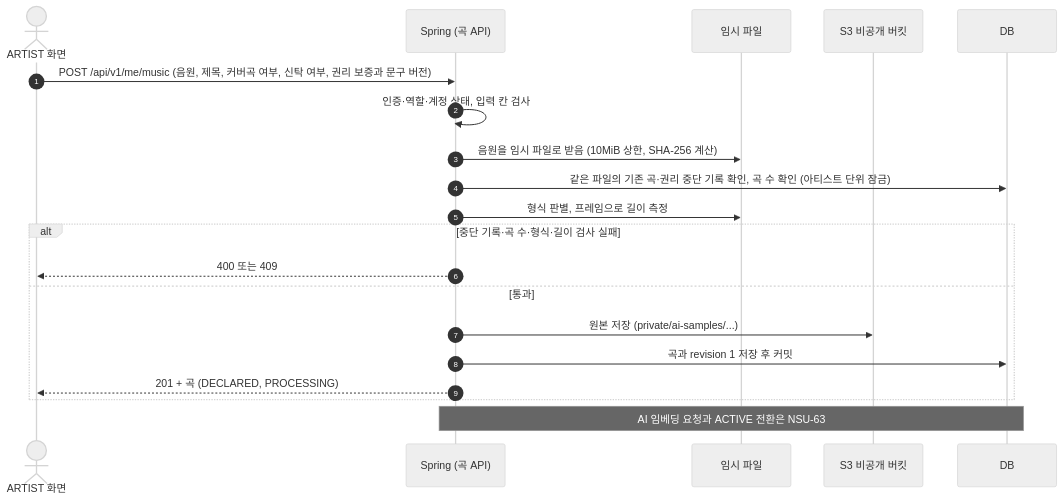
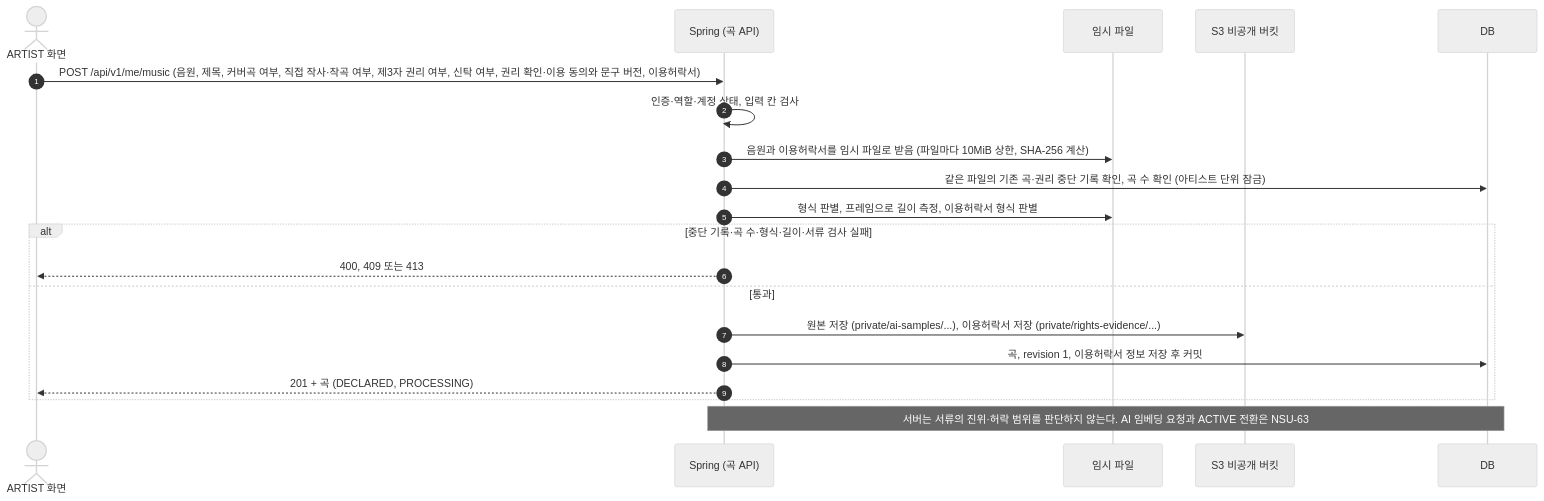
One commit to nsuCapstoneTeam/NSU_CAPSTONE changed the first of 2 diagrams in docs/api/04_music.md. Above: the diagram before and after it, drawn with Mermaid (neutral theme). The commit also changed other lines of this file and 7 other files, not shown here.

````diff
--- a/docs/api/04_music.md
+++ b/docs/api/04_music.md
@@ -81,23 +85,23 @@
 ```mermaid
 sequenceDiagram
     autonumber
     actor A as ARTIST 화면
     participant S as Spring (곡 API)
     participant T as 임시 파일
     participant B as S3 비공개 버킷
     participant D as DB
 
-    A->>S: POST /api/v1/me/music (음원, 제목, 커버곡 여부, 신탁 여부, 권리 보증과 문구 버전)
+    A->>S: POST /api/v1/me/music (음원, 제목, 커버곡 여부, 직접 작사·작곡 여부, 제3자 권리 여부, 신탁 여부, 권리 확인·이용 동의와 문구 버전, 이용허락서)
     S->>S: 인증·역할·계정 상태, 입력 칸 검사
-    S->>T: 음원을 임시 파일로 받음 (10MiB 상한, SHA-256 계산)
+    S->>T: 음원과 이용허락서를 임시 파일로 받음 (파일마다 10MiB 상한, SHA-256 계산)
     S->>D: 같은 파일의 기존 곡·권리 중단 기록 확인, 곡 수 확인 (아티스트 단위 잠금)
-    S->>T: 형식 판별, 프레임으로 길이 측정
-    alt 중단 기록·곡 수·형식·길이 검사 실패
-        S-->>A: 400 또는 409
+    S->>T: 형식 판별, 프레임으로 길이 측정, 이용허락서 형식 판별
+    alt 중단 기록·곡 수·형식·길이·서류 검사 실패
+        S-->>A: 400, 409 또는 413
     else 통과
-        S->>B: 원본 저장 (private/ai-samples/...)
-        S->>D: 곡과 revision 1 저장 후 커밋
+        S->>B: 원본 저장 (private/ai-samples/...), 이용허락서 저장 (private/rights-evidence/...)
+        S->>D: 곡, revision 1, 이용허락서 정보 저장 후 커밋
         S-->>A: 201 + 곡 (DECLARED, PROCESSING)
     end
-    Note over S,D: AI 임베딩 요청과 ACTIVE 전환은 NSU-63
+    Note over S,D: 서버는 서류의 진위·허락 범위를 판단하지 않는다. AI 임베딩 요청과 ACTIVE 전환은 NSU-63
 ```
````
